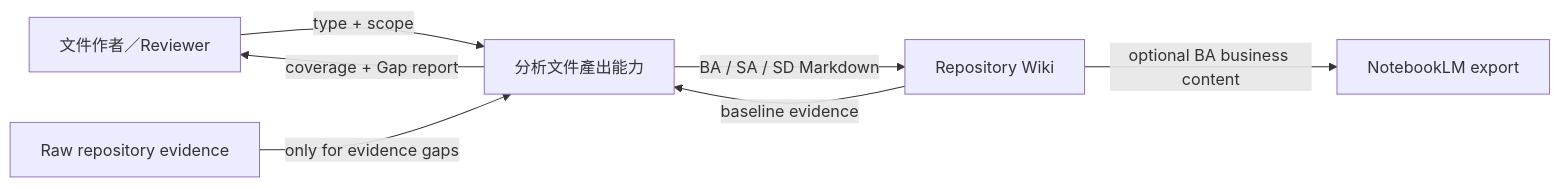
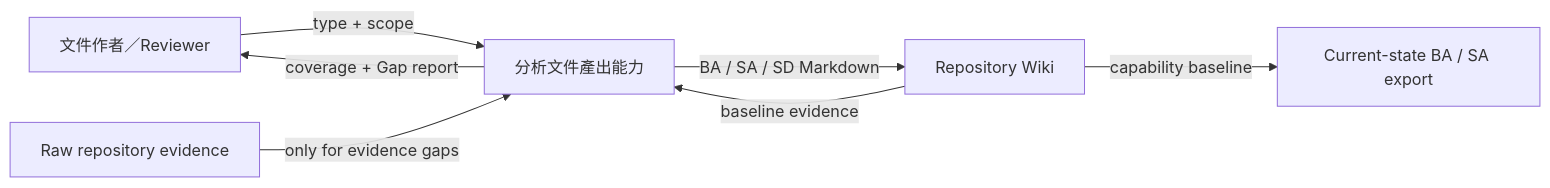
The first of 2 diagrams in wiki/synthesis/system-analysis.md (dennis8499/code-base-llm-wiki), drawn with Mermaid before and after one commit. The commit also changed other lines of this file and 85 other files, not shown here.

````diff
--- a/wiki/synthesis/system-analysis.md
+++ b/wiki/synthesis/system-analysis.md
@@ -106,9 +106,9 @@
 ```mermaid
 flowchart LR
     User[文件作者／Reviewer] -->|type + scope| Docs[分析文件產出能力]
     Wiki[Repository Wiki] -->|baseline evidence| Docs
     Raw[Raw repository evidence] -->|only for evidence gaps| Docs
     Docs -->|BA / SA / SD Markdown| Wiki
     Docs -->|coverage + Gap report| User
-    Wiki -->|optional BA business content| NBLM[NotebookLM export]
+    Wiki -->|capability baseline| NBLM[Current-state BA / SA export]
 ```
````
